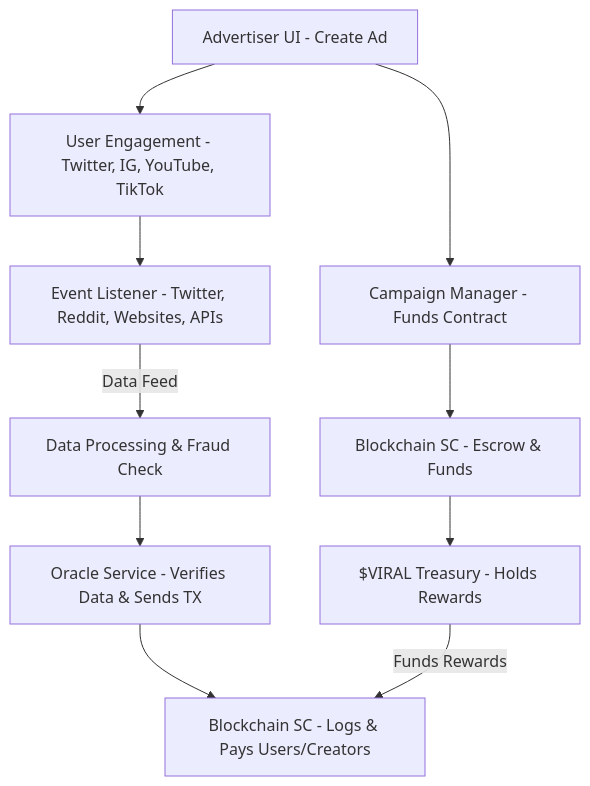
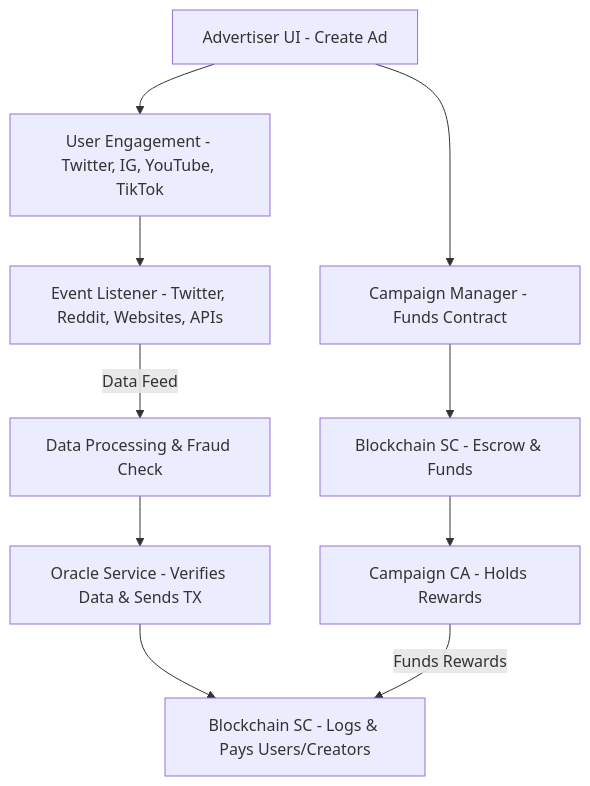
Before and after one commit to vyro-gg/vyro: the diagram in README.md, drawn with Mermaid. The commit also changed other lines of this file, not shown here.

````diff
--- a/README.md
+++ b/README.md
@@ -25,18 +24,18 @@
 ```mermaid
 graph TD;
     %% Advertiser Flow
     A[Advertiser UI - Create Ad] --> B[Campaign Manager - Funds Contract]
     B --> C[Blockchain SC - Escrow & Funds]
-    C --> D[$VIRAL Treasury - Holds Rewards]
+    C --> D[Campaign CA - Holds Rewards]
     A --> E
 
     %% User Engagement Flow
     E[User Engagement - Twitter, IG, YouTube, TikTok] --> F[Event Listener - Twitter, Reddit, Websites, APIs]
     F -->|Data Feed| I[Data Processing & Fraud Check]
     I --> G[Oracle Service - Verifies Data & Sends TX]
     G --> H[Blockchain SC - Logs & Pays Users/Creators]
 
     %% Connecting Advertiser Flow to User Engagement Flow
     D -->|Funds Rewards| H
 
 ```
````
